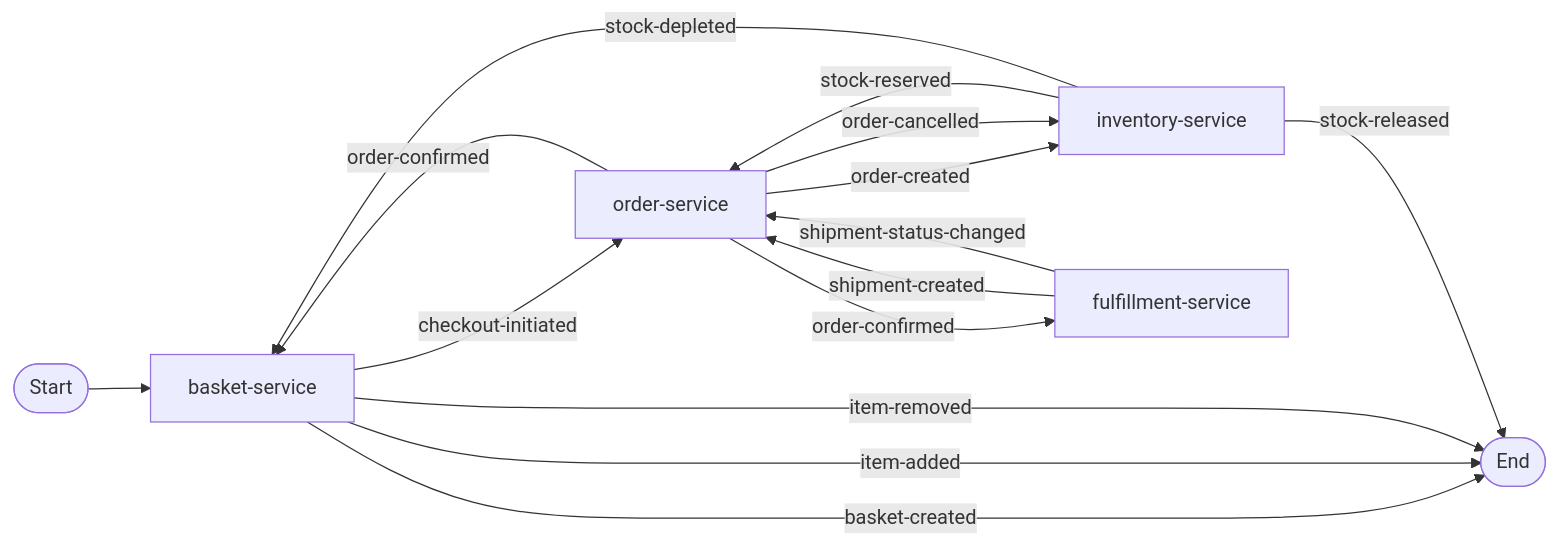
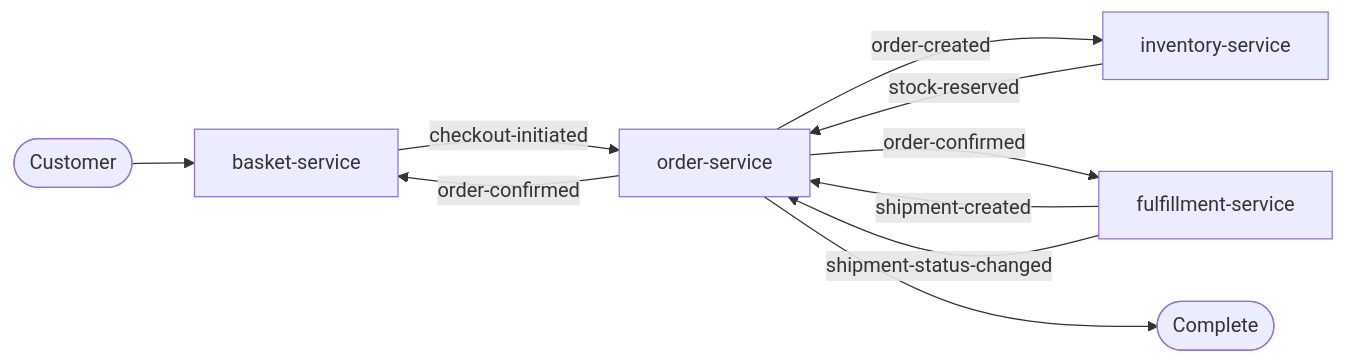
The first of 2 diagrams in examples/domains/basket-checkout/README.md (filozofira/spas), drawn with Mermaid before and after one commit. The commit also changed other lines of this file and 216 other files, not shown here.

````diff
--- a/examples/domains/basket-checkout/README.md
+++ b/examples/domains/basket-checkout/README.md
@@ -3,17 +5,12 @@
 ```mermaid
 flowchart LR
-    Start([Start]) --> BS[basket-service]
+    Start([Customer]) --> BS[basket-service]
     BS -->|checkout-initiated| OS[order-service]
     OS -->|order-created| IS[inventory-service]
     IS -->|stock-reserved| OS
     OS -->|order-confirmed| BS
     OS -->|order-confirmed| FS[fulfillment-service]
     FS -->|shipment-created| OS
     FS -->|shipment-status-changed| OS
-    OS -->|order-cancelled| IS
-    IS -->|stock-depleted| BS
-    BS -->|basket-created| End([End])
-    BS -->|item-added| End
-    BS -->|item-removed| End
-    IS -->|stock-released| End
+    OS --> End([Complete])
 ```
````
